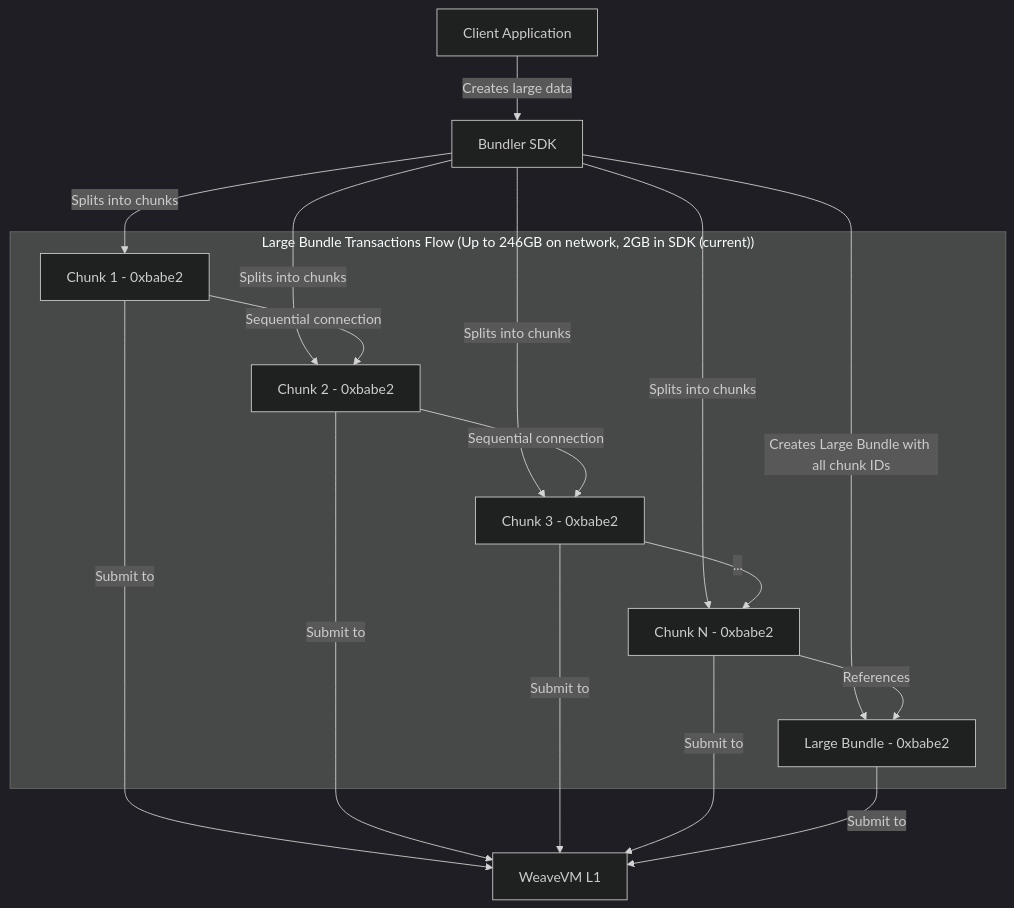
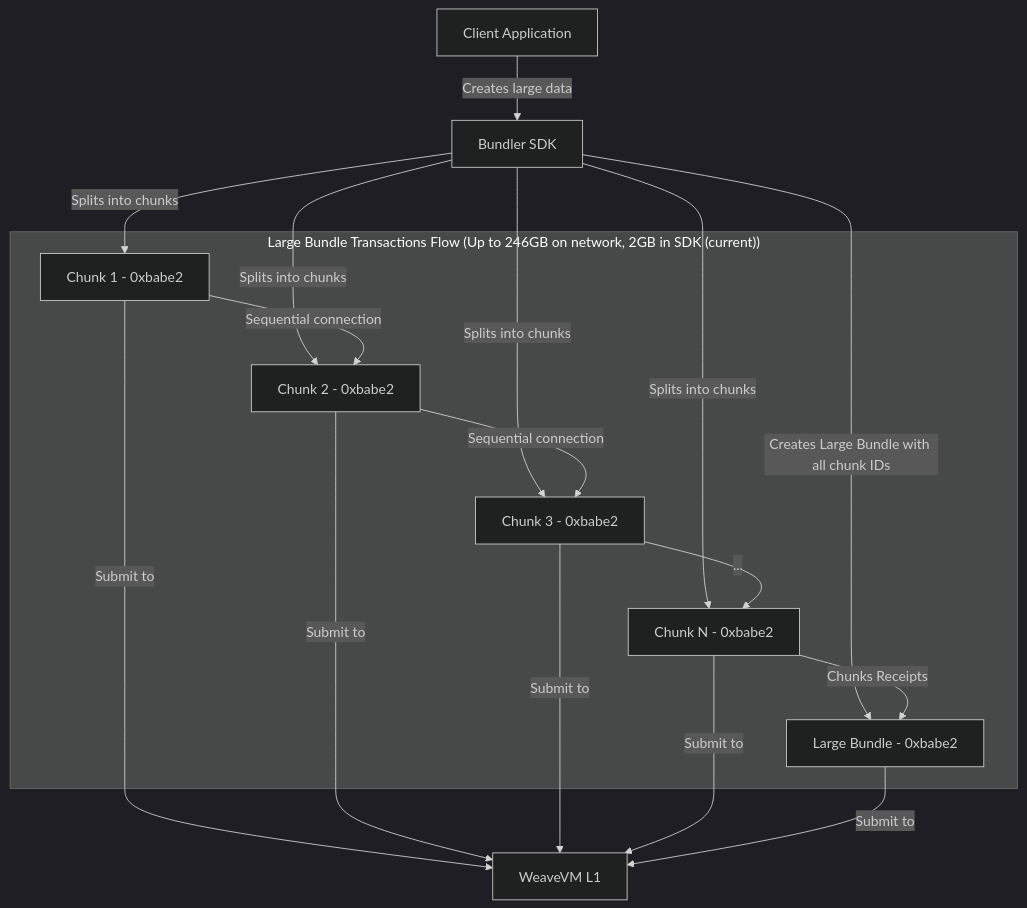
Before and after one commit to weaveVM/bundler: the third of 3 diagrams in README.md, drawn with Mermaid (dark theme).

Commit message:
docs: fix mermaid

````diff
--- a/README.md
+++ b/README.md
@@ -189,30 +189,30 @@
 ```mermaid
 graph TD
     Client[Client Application] --> |Creates large data| Bundler[Bundler SDK]
     Bundler --> |Splits into chunks| Chunk1[Chunk 1 - 0xbabe2]
     Bundler --> |Splits into chunks| Chunk2[Chunk 2 - 0xbabe2]
     Bundler --> |Splits into chunks| Chunk3[Chunk 3 - 0xbabe2]
     Bundler --> |Splits into chunks| ChunkN[Chunk N - 0xbabe2]
     
     Chunk1 --> |Sequential connection| Chunk2
     Chunk2 --> |Sequential connection| Chunk3
     Chunk3 --> |...| ChunkN
     
     Chunk1 --> |Submit to| WeaveVML1[WeaveVM L1]
     Chunk2 --> |Submit to| WeaveVML1
     Chunk3 --> |Submit to| WeaveVML1
     ChunkN --> |Submit to| WeaveVML1
     
     Bundler --> |Creates Large Bundle with all chunk IDs| RefBundle[Large Bundle - 0xbabe2]
     RefBundle --> |Submit to| WeaveVML1
     
-    ChunkN --> |References| RefBundle
+    ChunkN --> |Chunks Receipts| RefBundle
     
     subgraph "Large Bundle Transactions Flow (Up to 246GB on network, 2GB in SDK (current))"
         Chunk1
         Chunk2
         Chunk3
         ChunkN
         RefBundle
     end
 ```
````
